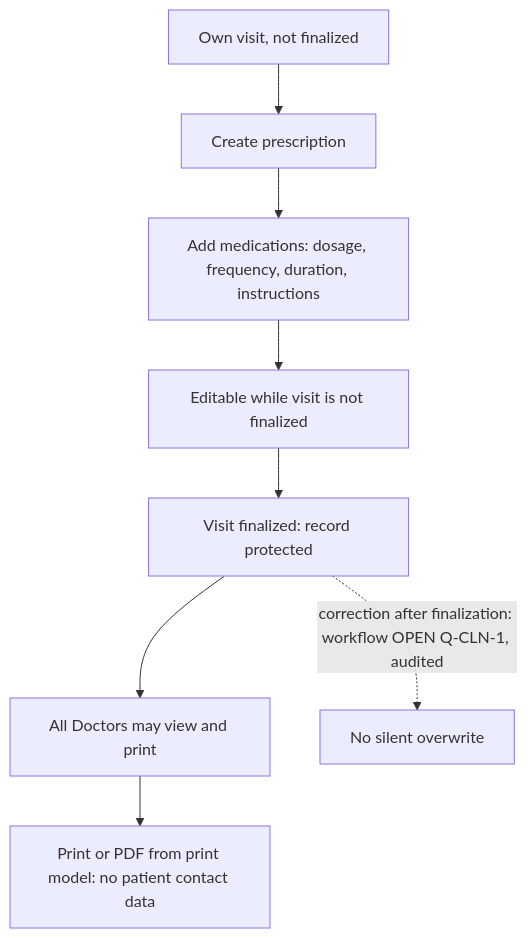
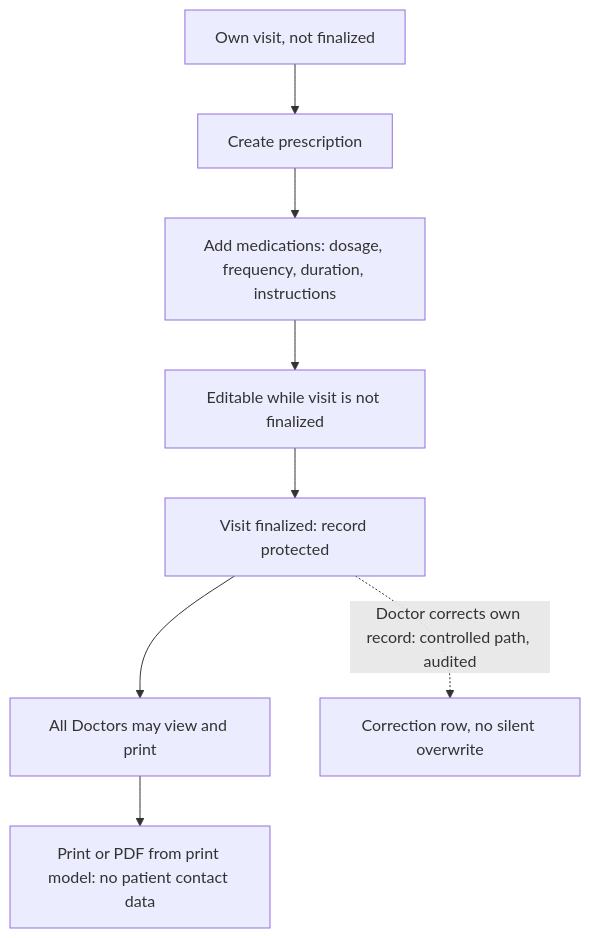
Diagram 13 of 26 in docs/DIAGRAMS.md (mostafaabdullah11/Dental-clinical-system), drawn with Mermaid before and after one commit. The commit also changed other lines of this file and 51 other files, not shown here.

````diff
--- a/docs/DIAGRAMS.md
+++ b/docs/DIAGRAMS.md
@@ -384,10 +435,10 @@
 ```mermaid
 flowchart TD
     V["Own visit, not finalized"] --> RX["Create prescription"]
     RX --> IT["Add medications: dosage, frequency, duration, instructions"]
     IT --> ED["Editable while visit is not finalized"]
     ED --> FIN["Visit finalized: record protected"]
     FIN --> VW["All Doctors may view and print"]
-    FIN -.->|"correction after finalization: workflow OPEN Q-CLN-1, audited"| COR["No silent overwrite"]
+    FIN -.->|"Doctor corrects own record: controlled path, audited"| COR["Correction row, no silent overwrite"]
     VW --> PDF["Print or PDF from print model: no patient contact data"]
 ```
````
